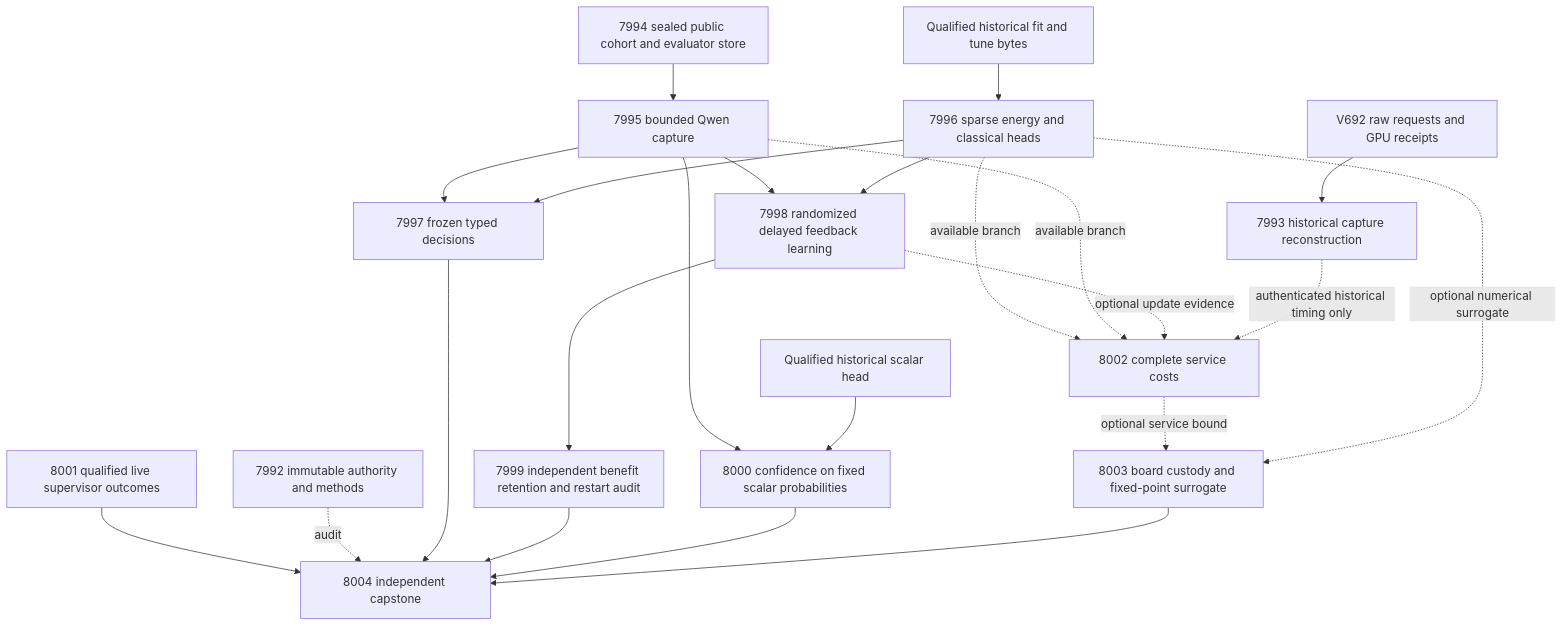
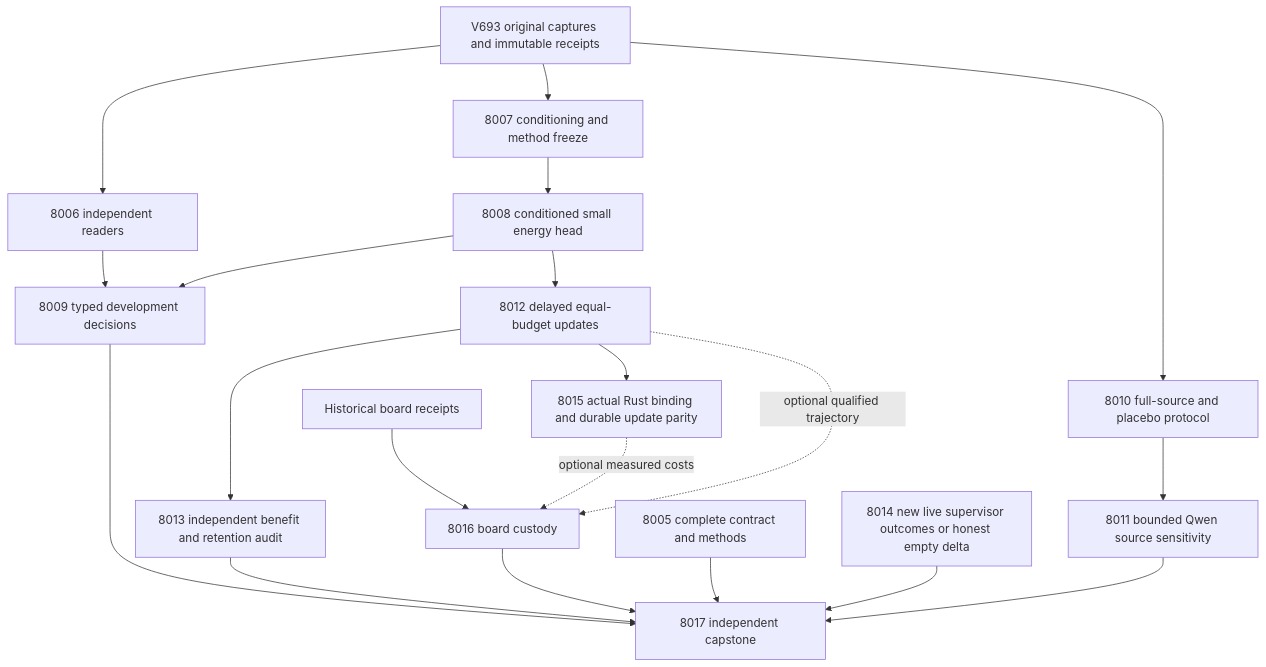
Before and after one commit to Carnot-EBM/carnot-ebm: the diagram in openspec/change-proposals/research-roadmap-vNEXT.md, drawn with Mermaid. The commit also changed other lines of this file and 17 other files, not shown here.

````diff
--- a/openspec/change-proposals/research-roadmap-vNEXT.md
+++ b/openspec/change-proposals/research-roadmap-vNEXT.md
@@ -81,25 +85,22 @@
 ```mermaid
 flowchart TD
-  OLD[V692 raw requests and GPU receipts] --> R[7993 historical capture reconstruction]
-  C[7994 sealed public cohort and evaluator store] --> Q[7995 bounded Qwen capture]
-  H[Qualified historical fit and tune bytes] --> T[7996 sparse energy and classical heads]
-  Q --> D[7997 frozen typed decisions]
-  T --> D
-  Q --> L[7998 randomized delayed feedback learning]
-  T --> L
-  L --> A[7999 independent benefit retention and restart audit]
-  Q --> I[8000 confidence on fixed scalar probabilities]
-  S[Qualified historical scalar head] --> I
-  T -. available branch .-> P[8002 complete service costs]
-  Q -. available branch .-> P
-  L -. optional update evidence .-> P
-  R -. authenticated historical timing only .-> P
-  P -. optional service bound .-> W[8003 board custody and fixed-point surrogate]
-  T -. optional numerical surrogate .-> W
-  ARC[8001 qualified live supervisor outcomes] --> Z[8004 independent capstone]
-  M[7992 immutable authority and methods] -. audit .-> Z
+  H[V693 original captures and immutable receipts] --> R[8006 independent readers]
+  H --> M[8007 conditioning and method freeze]
+  M --> F[8008 conditioned small energy head]
+  F --> D[8009 typed development decisions]
+  R --> D
+  F --> L[8012 delayed equal-budget updates]
+  L --> A[8013 independent benefit and retention audit]
+  L --> N[8015 actual Rust binding and durable update parity]
+  H --> P[8010 full-source and placebo protocol]
+  P --> Q[8011 bounded Qwen source sensitivity]
+  B[Historical board receipts] --> W[8016 board custody]
+  L -. optional qualified trajectory .-> W
+  N -. optional measured costs .-> W
+  C[8005 complete contract and methods] --> Z[8017 independent capstone]
   D --> Z
   A --> Z
-  I --> Z
+  Q --> Z
   W --> Z
+  S[8014 new live supervisor outcomes or honest empty delta] --> Z
 ```
````
